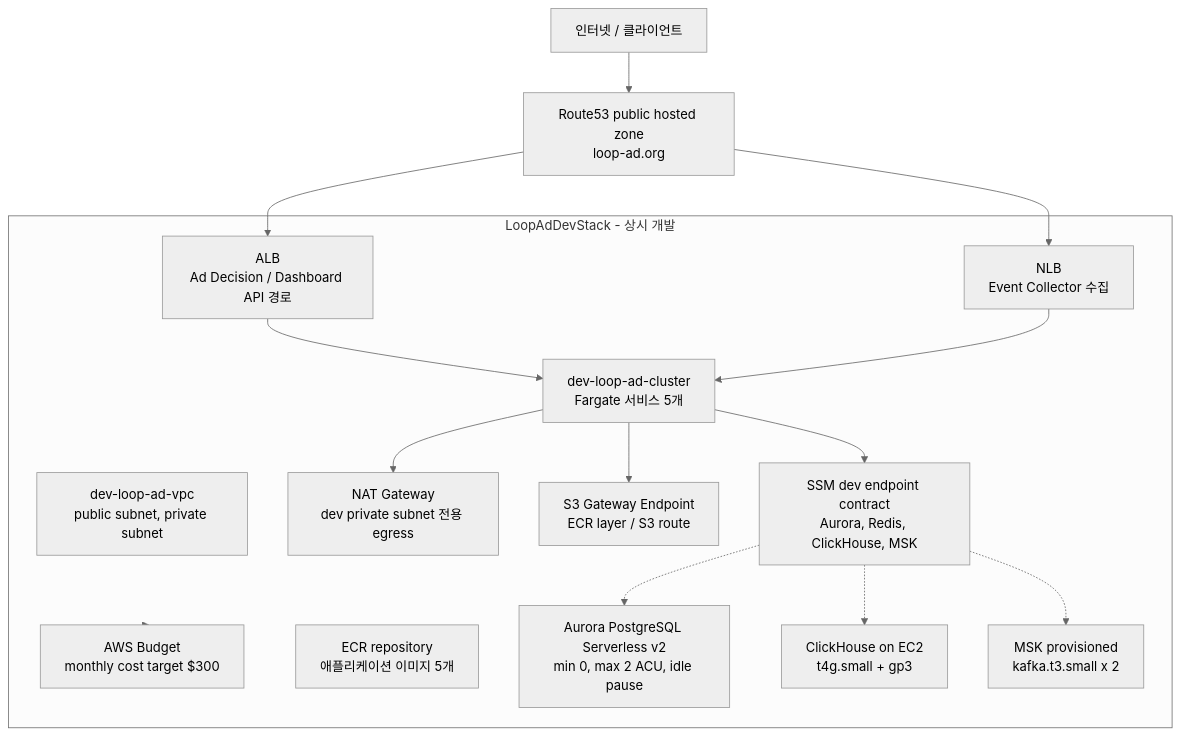
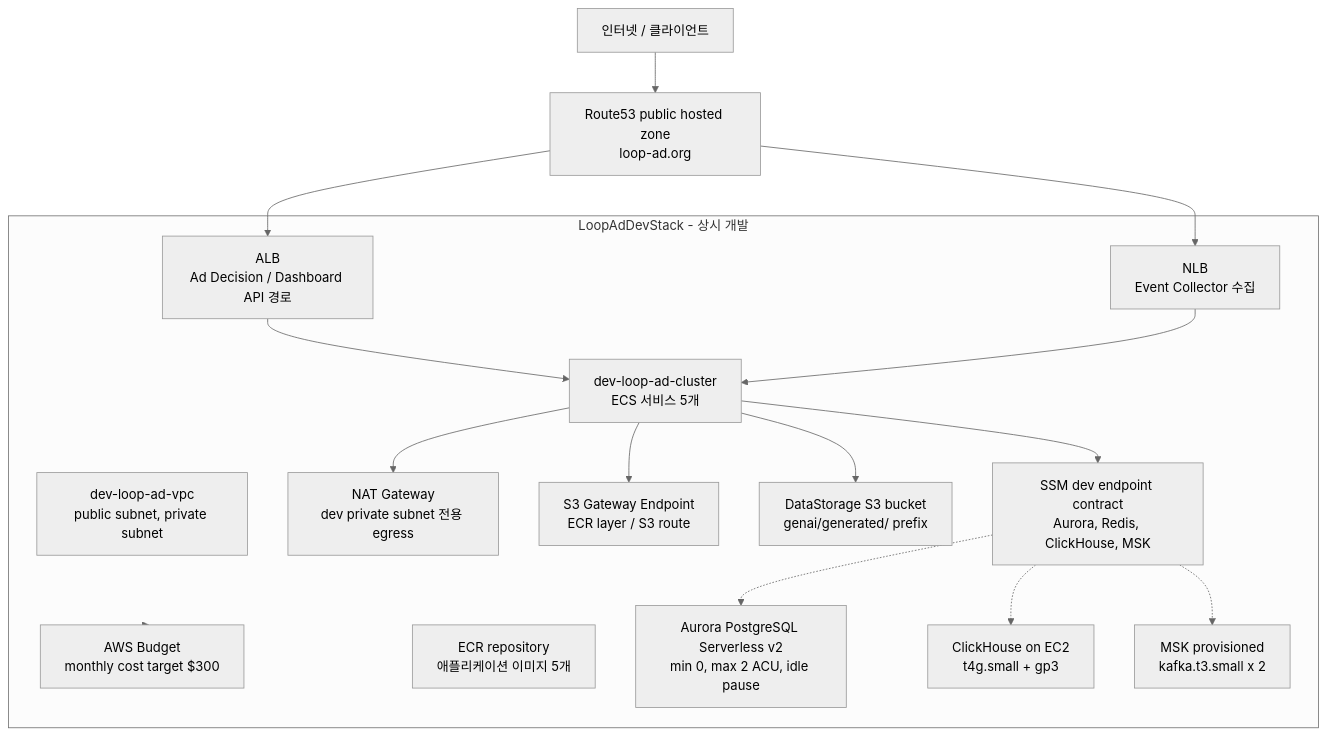
Before and after one commit to krafton-jungle-project-4team/loop-ad_infra: the diagram in README.md, drawn with Mermaid (neutral theme). The commit also changed other lines of this file and 5 other files, not shown here.

Commit message:
Add DataStorage S3 app guidance

````diff
--- a/README.md
+++ b/README.md
@@ -23,34 +25,36 @@
 ```mermaid
 flowchart TB
     Internet["인터넷 / 클라이언트"]
     Route53["Route53 public hosted zone<br/>loop-ad.org"]
 
     subgraph DevStack["LoopAdDevStack - 상시 개발"]
         Vpc["dev-loop-ad-vpc<br/>public subnet, private subnet"]
         Nat["NAT Gateway<br/>dev private subnet 전용 egress"]
         S3Endpoint["S3 Gateway Endpoint<br/>ECR layer / S3 route"]
+        DataStorageS3["DataStorage S3 bucket<br/>genai/generated/ prefix"]
         Budget["AWS Budget<br/>monthly cost target $300"]
         Ecr["ECR repository<br/>애플리케이션 이미지 5개"]
         DevAlb["ALB<br/>Ad Decision / Dashboard API 경로"]
         DevNlb["NLB<br/>Event Collector 수집"]
-        DevEcs["dev-loop-ad-cluster<br/>Fargate 서비스 5개"]
+        DevEcs["dev-loop-ad-cluster<br/>ECS 서비스 5개"]
         DevContracts["SSM dev endpoint contract<br/>Aurora, Redis, ClickHouse, MSK"]
         Aurora["Aurora PostgreSQL Serverless v2<br/>min 0, max 2 ACU, idle pause"]
         ClickHouse["ClickHouse on EC2<br/>t4g.small + gp3"]
         Msk["MSK provisioned<br/>kafka.t3.small x 2"]
     end
 
     Internet --> Route53
     Route53 --> DevAlb
     Route53 --> DevNlb
 
     DevAlb --> DevEcs
     DevNlb --> DevEcs
     DevEcs --> DevContracts
     DevEcs --> Nat
     DevEcs --> S3Endpoint
+    DevEcs --> DataStorageS3
     DevContracts -.-> Aurora
     DevContracts -.-> ClickHouse
     DevContracts -.-> Msk
     DevStack --> Budget
 ```
````
